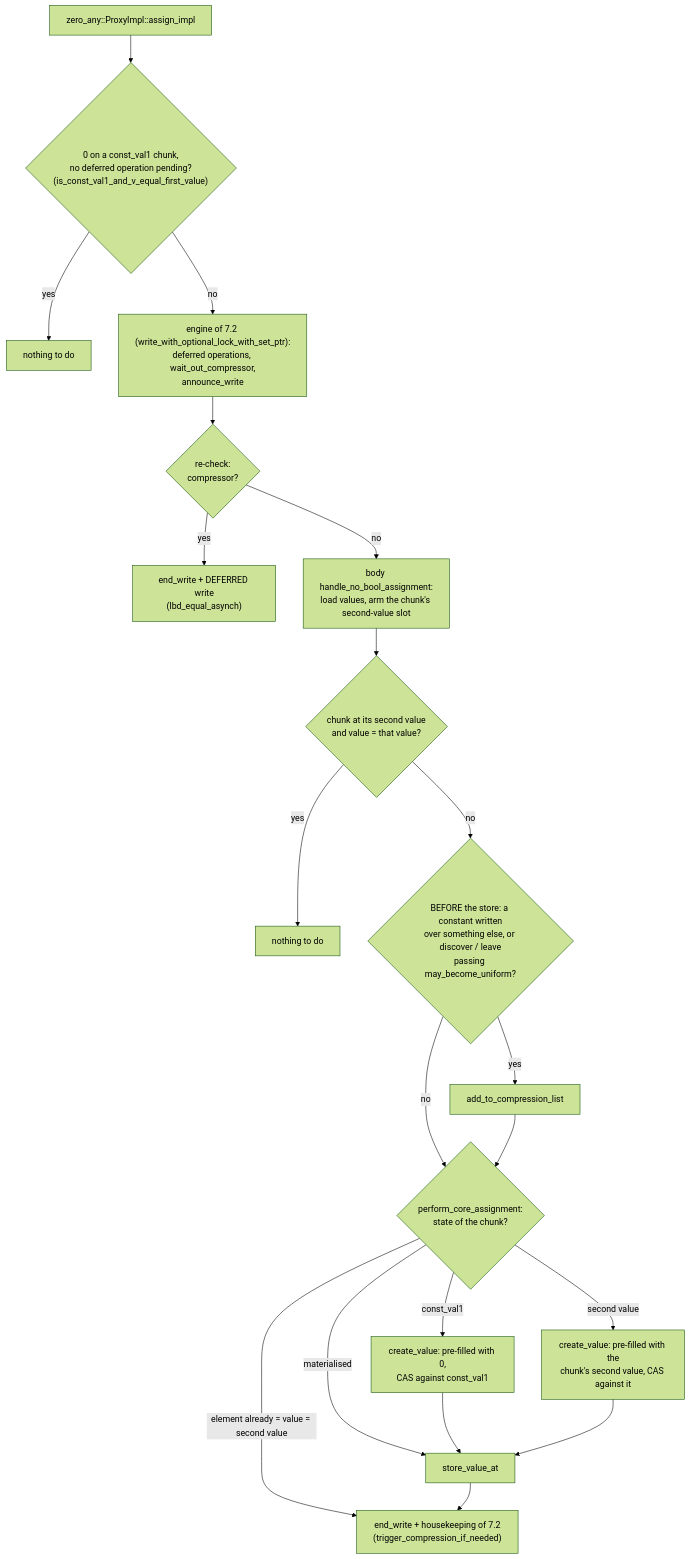
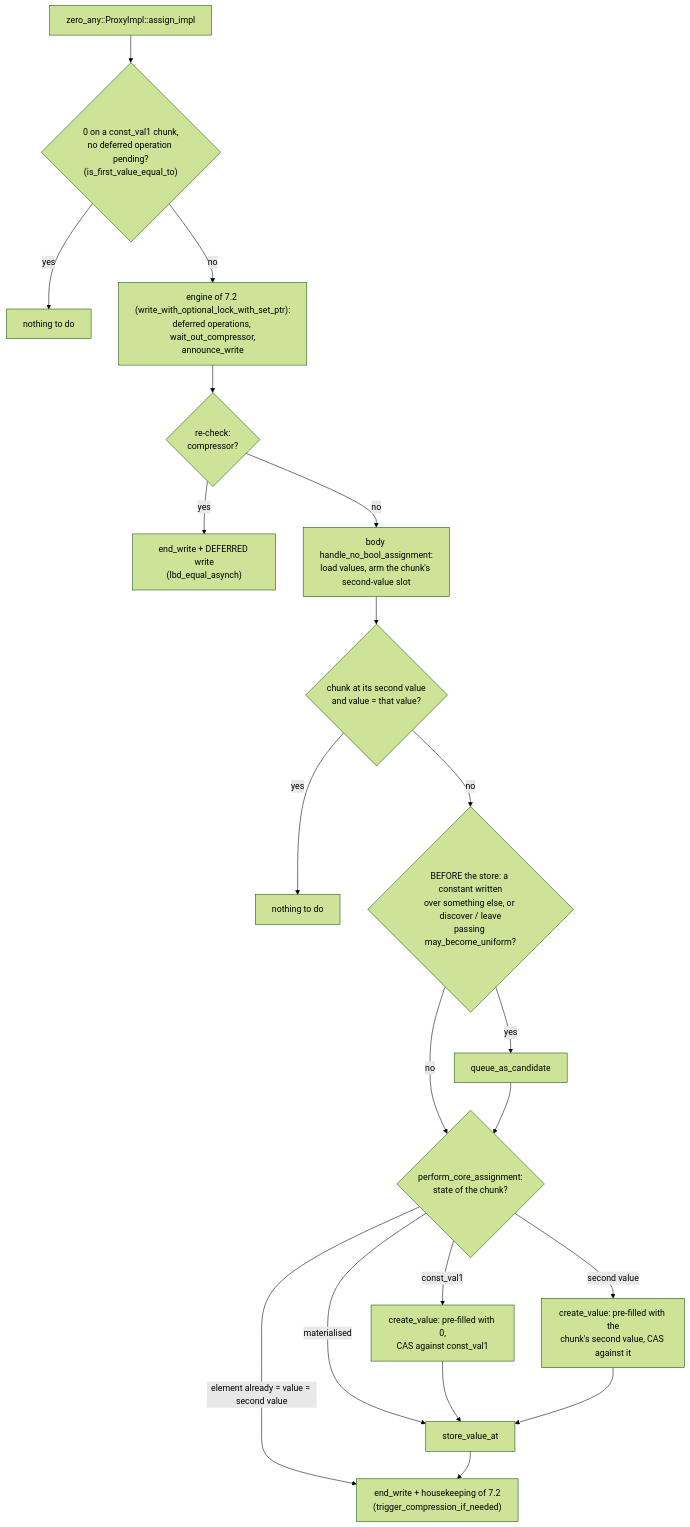
Before and after one commit to cea-hpc/shrink-array: the second of 2 diagrams in docs/algo_zero_any.md, drawn with Mermaid (forest theme). The commit also changed other lines of this file and 114 other files, not shown here.

````diff
--- a/docs/algo_zero_any.md
+++ b/docs/algo_zero_any.md
@@ -187,22 +187,22 @@
 ```mermaid
 flowchart TD
-    A["zero_any::ProxyImpl::assign_impl"] --> B{"0 on a const_val1 chunk,<br/>no deferred operation pending?<br/>(is_const_val1_and_v_equal_first_value)"}
+    A["zero_any::ProxyImpl::assign_impl"] --> B{"0 on a const_val1 chunk,<br/>no deferred operation pending?<br/>(is_first_value_equal_to)"}
     B -->|yes| B1["nothing to do"]
     B -->|no| C["engine of 7.2 (write_with_optional_lock_with_set_ptr):<br/>deferred operations, wait_out_compressor,<br/>announce_write"]
     C --> D{"re-check:<br/>compressor?"}
     D -->|yes| D1["end_write + DEFERRED write<br/>(lbd_equal_asynch)"]
     D -->|no| E["body handle_no_bool_assignment:<br/>load values, arm the chunk's second-value slot"]
     E --> F{"chunk at its second value<br/>and value = that value?"}
     F -->|yes| F1["nothing to do"]
     F -->|no| G{"BEFORE the store: a constant written<br/>over something else, or discover / leave<br/>passing may_become_uniform?"}
-    G -->|yes| G1["add_to_compression_list"]
+    G -->|yes| G1["queue_as_candidate"]
     G -->|no| H
     G1 --> H{"perform_core_assignment:<br/>state of the chunk?"}
     H -->|"element already = value = second value"| K
     H -->|"const_val1"| H1["create_value: pre-filled with 0,<br/>CAS against const_val1"]
     H -->|"second value"| H2["create_value: pre-filled with the<br/>chunk's second value, CAS against it"]
     H -->|"materialised"| I
     H1 --> I["store_value_at"]
     H2 --> I
     I --> K["end_write + housekeeping of 7.2<br/>(trigger_compression_if_needed)"]
 ```
````
